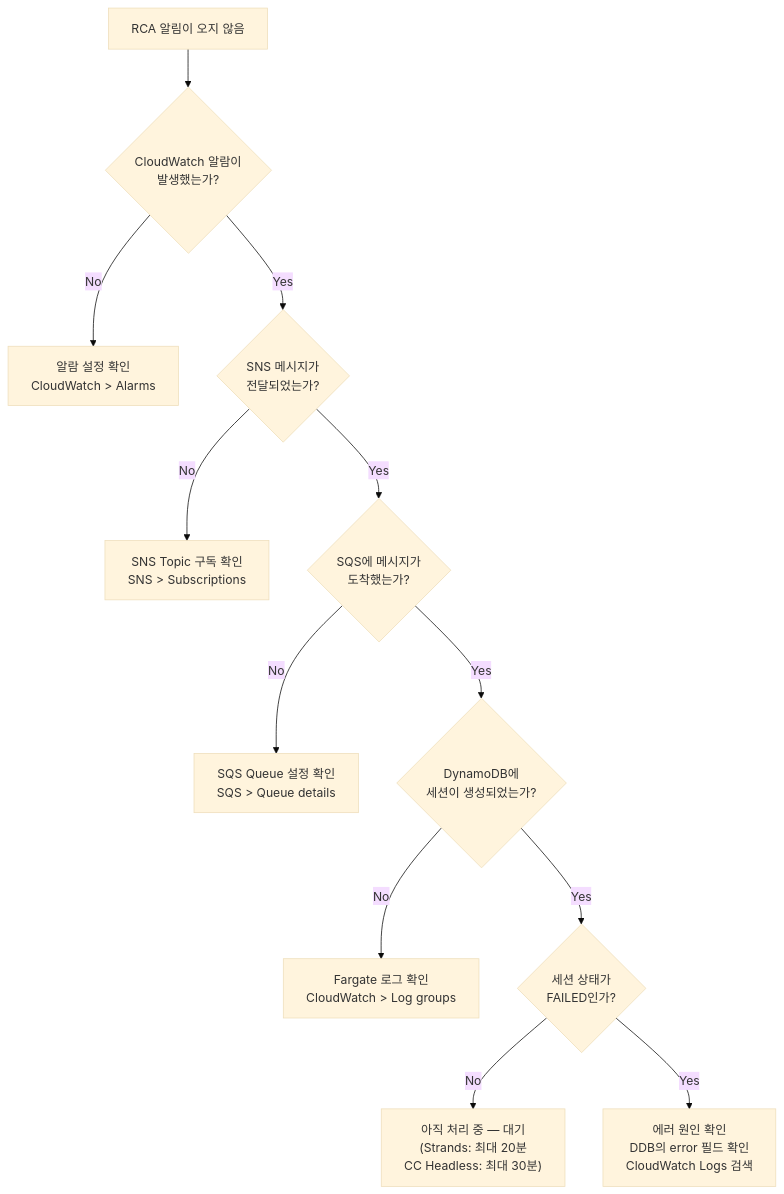
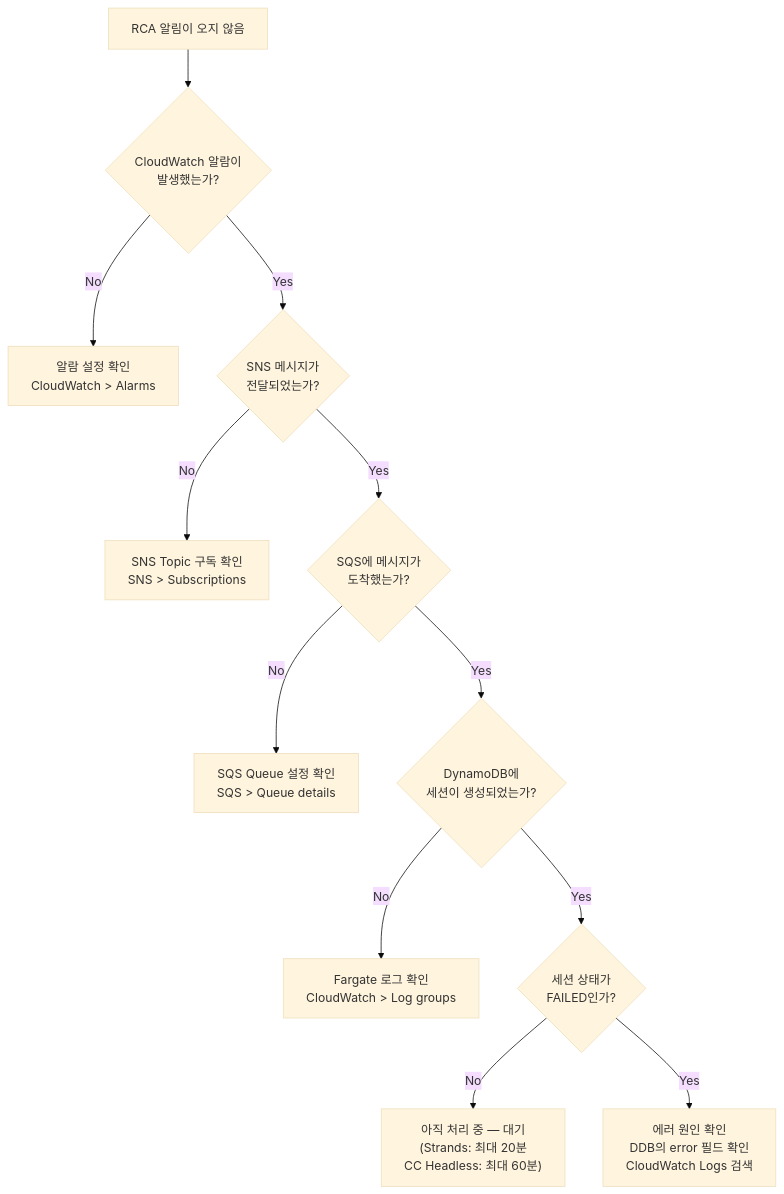
Before and after one commit to haandol/rca-agent: diagram 24 of 25 in docs/system-guide-for-ops.md, drawn with Mermaid (base theme). The commit also changed other lines of this file and 2 other files, not shown here.

First line of the commit message:
docs: bring the diagrams to the values the code now enforces

````diff
--- a/docs/system-guide-for-ops.md
+++ b/docs/system-guide-for-ops.md
@@ -1245,14 +1248,14 @@
 ```mermaid
 flowchart TD
     START["RCA 알림이 오지 않음"] --> Q1{"CloudWatch 알람이<br/>발생했는가?"}
     Q1 -->|"No"| A1["알람 설정 확인<br/>CloudWatch > Alarms"]
     Q1 -->|"Yes"| Q2{"SNS 메시지가<br/>전달되었는가?"}
     Q2 -->|"No"| A2["SNS Topic 구독 확인<br/>SNS > Subscriptions"]
     Q2 -->|"Yes"| Q3{"SQS에 메시지가<br/>도착했는가?"}
     Q3 -->|"No"| A3["SQS Queue 설정 확인<br/>SQS > Queue details"]
     Q3 -->|"Yes"| Q4{"DynamoDB에<br/>세션이 생성되었는가?"}
     Q4 -->|"No"| A4["Fargate 로그 확인<br/>CloudWatch > Log groups"]
     Q4 -->|"Yes"| Q5{"세션 상태가<br/>FAILED인가?"}
-    Q5 -->|"No"| A5["아직 처리 중 — 대기<br/>(Strands: 최대 20분<br/>CC Headless: 최대 30분)"]
+    Q5 -->|"No"| A5["아직 처리 중 — 대기<br/>(Strands: 최대 20분<br/>CC Headless: 최대 60분)"]
     Q5 -->|"Yes"| A6["에러 원인 확인<br/>DDB의 error 필드 확인<br/>CloudWatch Logs 검색"]
 ```
````
